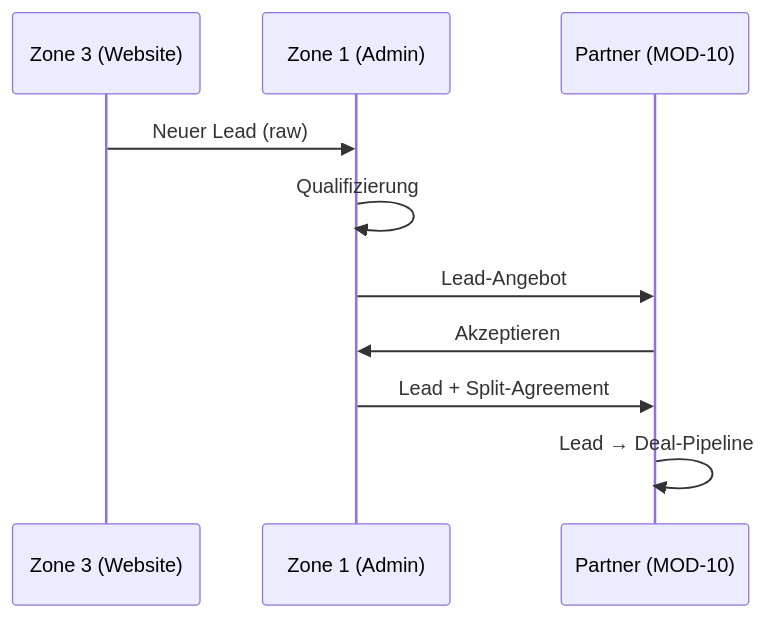
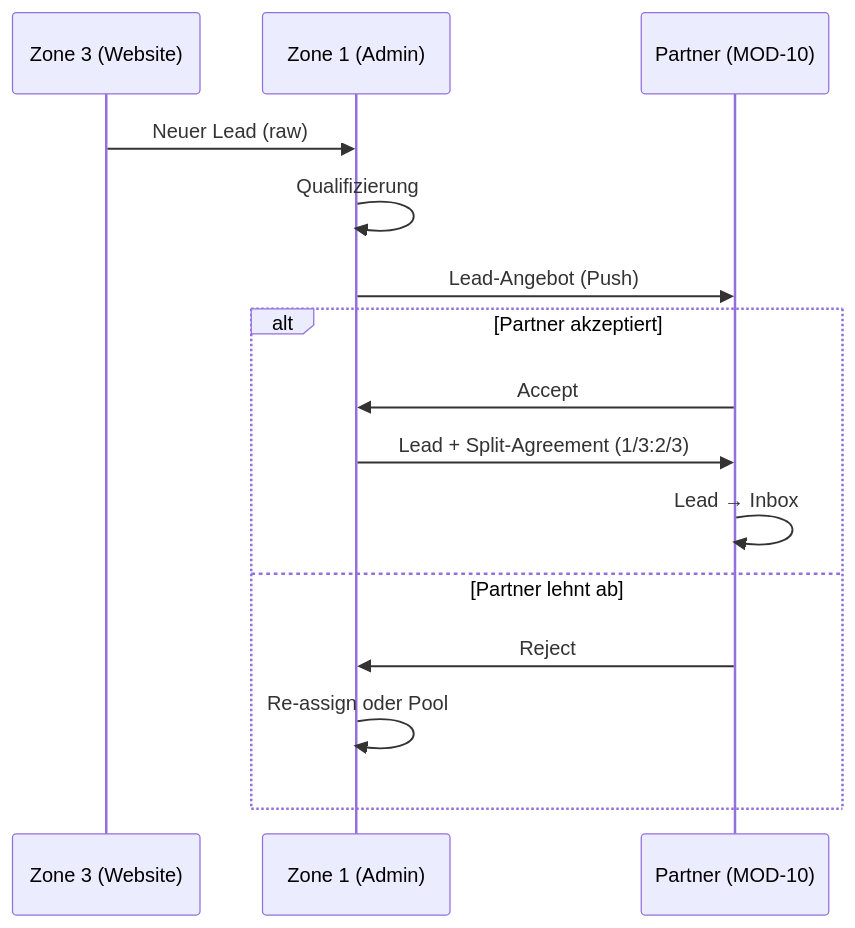
One commit to thomasstelzl1981/town-square-platform changed the second of 3 diagrams in docs/modules/MOD-10_LEADGENERIERUNG.md. Above: the diagram before and after it, drawn with Mermaid. The commit also changed other lines of this file and 3 other files, not shown here.

````diff
--- a/docs/modules/MOD-10_LEADGENERIERUNG.md
+++ b/docs/modules/MOD-10_LEADGENERIERUNG.md
@@ -128,13 +148,18 @@
 ```mermaid
 sequenceDiagram
     participant Z3 as Zone 3 (Website)
     participant Z1 as Zone 1 (Admin)
     participant P as Partner (MOD-10)
     
     Z3->>Z1: Neuer Lead (raw)
     Z1->>Z1: Qualifizierung
-    Z1->>P: Lead-Angebot
-    P->>Z1: Akzeptieren
-    Z1->>P: Lead + Split-Agreement
-    P->>P: Lead → Deal-Pipeline
+    Z1->>P: Lead-Angebot (Push)
+    alt Partner akzeptiert
+        P->>Z1: Accept
+        Z1->>P: Lead + Split-Agreement (1/3:2/3)
+        P->>P: Lead → Inbox
+    else Partner lehnt ab
+        P->>Z1: Reject
+        Z1->>Z1: Re-assign oder Pool
+    end
 ```
````
